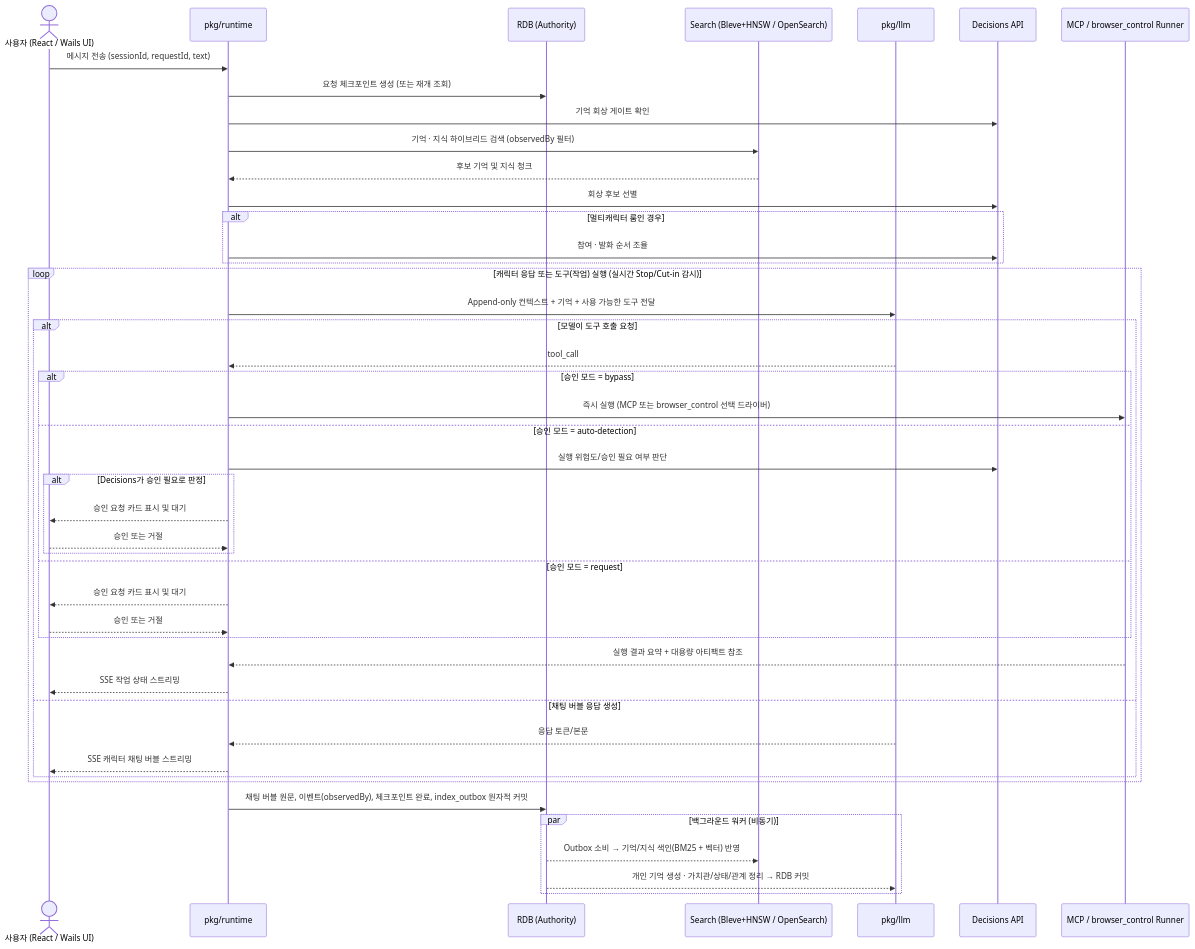
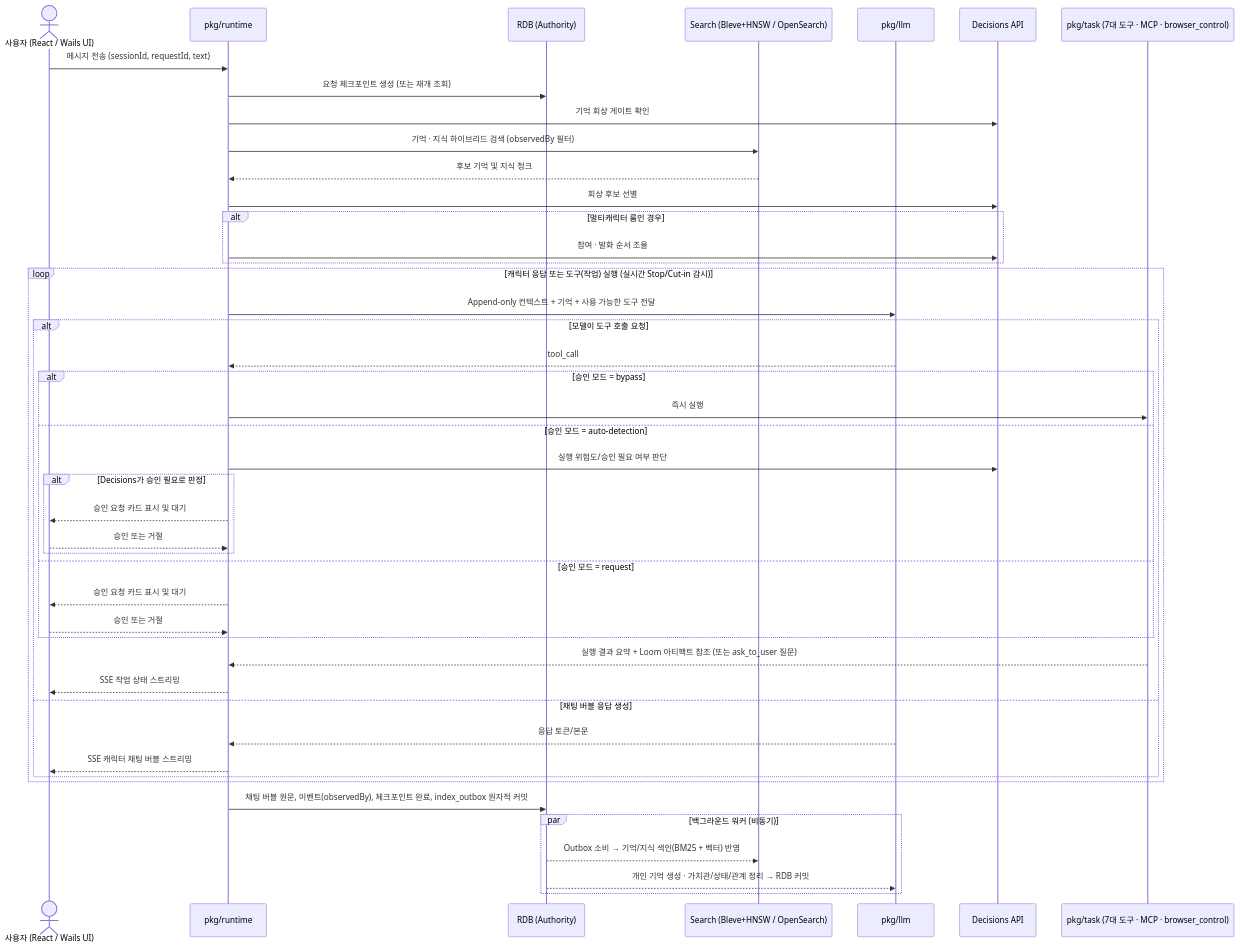
Before and after one commit to snowmerak/q: the second of 3 diagrams in docs/blueprint.md, drawn with Mermaid. The commit also changed other lines of this file and 2 other files, not shown here.

Commit message:
docs(v2): confirm builtin tool catalog (1-7), drop mobile scope and legacy migration

````diff
--- a/docs/blueprint.md
+++ b/docs/blueprint.md
@@ -157,51 +158,51 @@
 ```mermaid
 sequenceDiagram
     actor User as 사용자 (React / Wails UI)
     participant RT as pkg/runtime
     participant RDB as RDB (Authority)
     participant Search as Search (Bleve+HNSW / OpenSearch)
     participant LLM as pkg/llm
     participant Dec as Decisions API
-    participant Tool as MCP / browser_control Runner
+    participant Tool as pkg/task (7대 도구 · MCP · browser_control)
 
     User->>RT: 메시지 전송 (sessionId, requestId, text)
     RT->>RDB: 요청 체크포인트 생성 (또는 재개 조회)
     RT->>Dec: 기억 회상 게이트 확인
     RT->>Search: 기억 · 지식 하이브리드 검색 (observedBy 필터)
     Search-->>RT: 후보 기억 및 지식 청크
     RT->>Dec: 회상 후보 선별
 
     alt 멀티캐릭터 룸인 경우
         RT->>Dec: 참여 · 발화 순서 조율
     end
 
     loop 캐릭터 응답 또는 도구(작업) 실행 (실시간 Stop/Cut-in 감시)
         RT->>LLM: Append-only 컨텍스트 + 기억 + 사용 가능한 도구 전달
         alt 모델이 도구 호출 요청
             LLM-->>RT: tool_call
             alt 승인 모드 = bypass
-                RT->>Tool: 즉시 실행 (MCP 또는 browser_control 선택 드라이버)
+                RT->>Tool: 즉시 실행
             else 승인 모드 = auto-detection
                 RT->>Dec: 실행 위험도/승인 필요 여부 판단
                 alt Decisions가 승인 필요로 판정
                     RT-->>User: 승인 요청 카드 표시 및 대기
                     User-->>RT: 승인 또는 거절
                 end
             else 승인 모드 = request
                 RT-->>User: 승인 요청 카드 표시 및 대기
                 User-->>RT: 승인 또는 거절
             end
-            Tool-->>RT: 실행 결과 요약 + 대용량 아티팩트 참조
+            Tool-->>RT: 실행 결과 요약 + Loom 아티팩트 참조 (또는 ask_to_user 질문)
             RT-->>User: SSE 작업 상태 스트리밍
         else 채팅 버블 응답 생성
             LLM-->>RT: 응답 토큰/본문
             RT-->>User: SSE 캐릭터 채팅 버블 스트리밍
         end
     end
 
     RT->>RDB: 채팅 버블 원문, 이벤트(observedBy), 체크포인트 완료, index_outbox 원자적 커밋
     par 백그라운드 워커 (비동기)
         RDB-->>Search: Outbox 소비 → 기억/지식 색인(BM25 + 벡터) 반영
         RDB-->>LLM: 개인 기억 생성 · 가치관/상태/관계 정리 → RDB 커밋
     end
 ```
````
